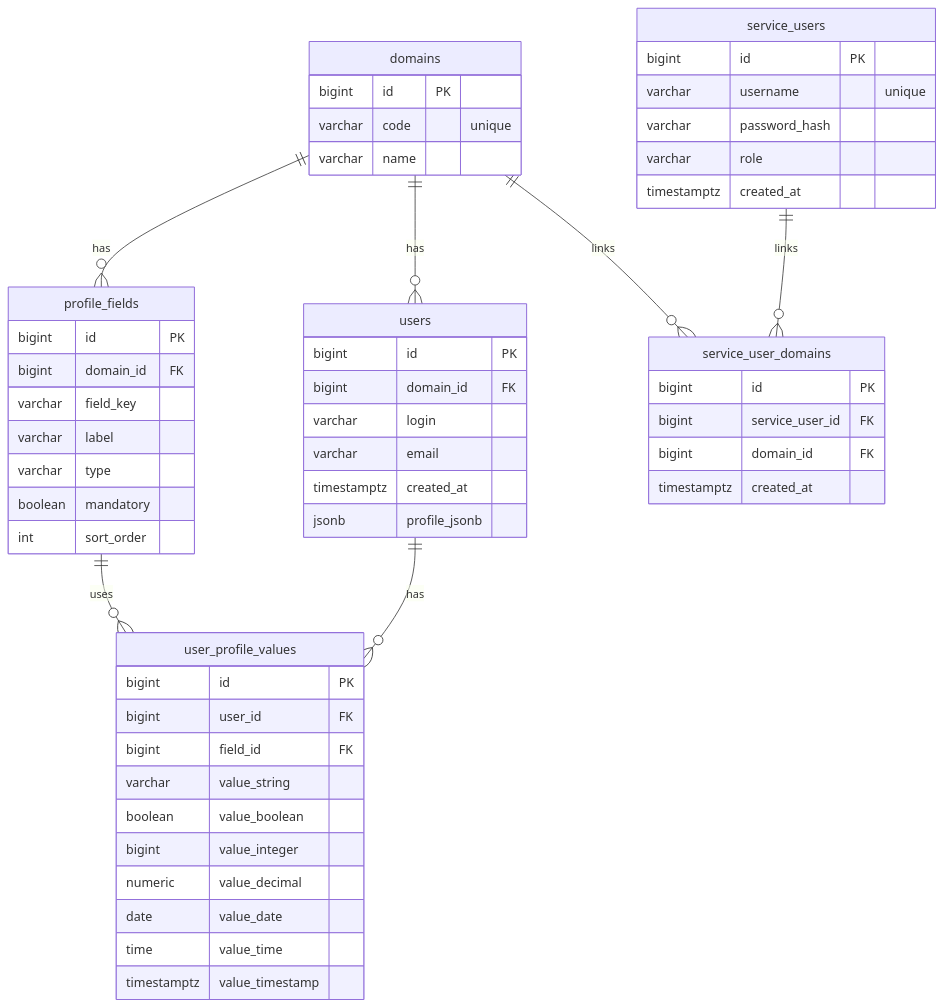
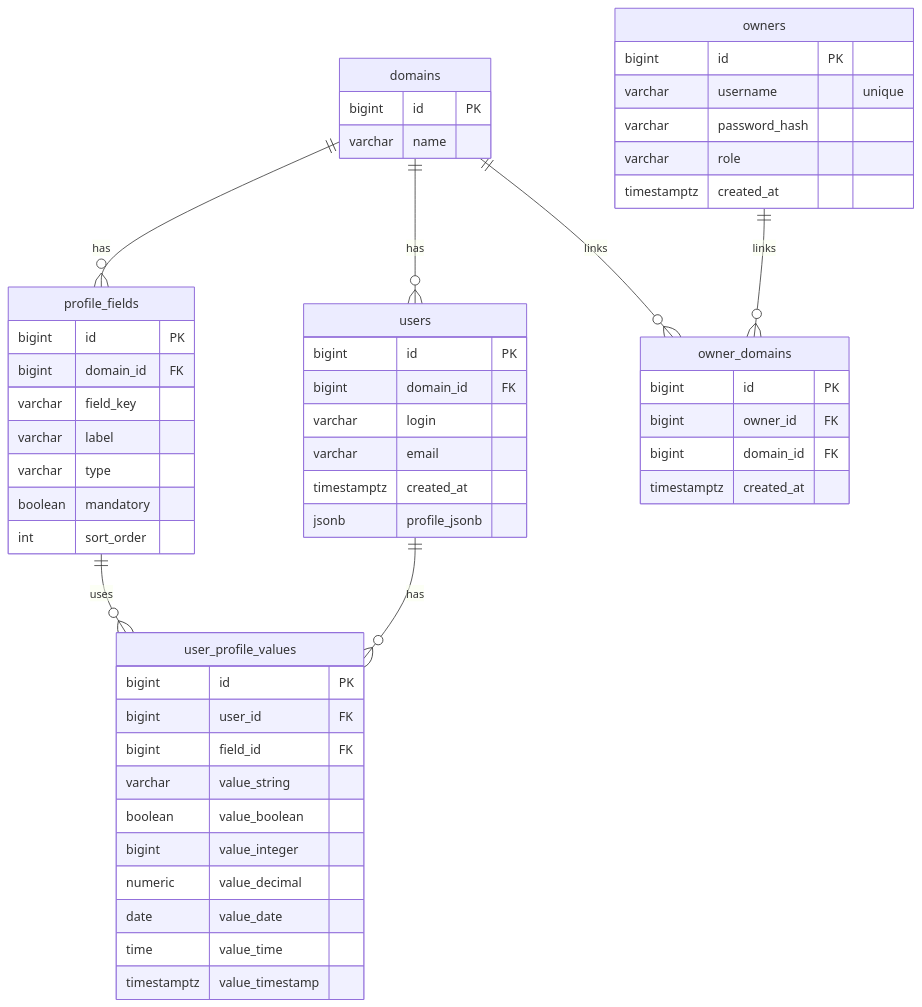
The diagram in README.md (b-keeping/userid-be), drawn with Mermaid before and after one commit. The commit also changed other lines of this file and 30 other files, not shown here.

````diff
--- a/README.md
+++ b/README.md
@@ -7,62 +7,61 @@
 ```mermaid
 erDiagram
   domains {
     bigint id PK
-    varchar code "unique"
     varchar name
   }
 
   profile_fields {
     bigint id PK
     bigint domain_id FK
     varchar field_key
     varchar label
     varchar type
     boolean mandatory
     int sort_order
   }
 
   users {
     bigint id PK
     bigint domain_id FK
     varchar login
     varchar email
     timestamptz created_at
     jsonb profile_jsonb
   }
 
-  service_users {
+  owners {
     bigint id PK
     varchar username "unique"
     varchar password_hash
     varchar role
     timestamptz created_at
   }
 
-  service_user_domains {
+  owner_domains {
     bigint id PK
-    bigint service_user_id FK
+    bigint owner_id FK
     bigint domain_id FK
     timestamptz created_at
   }
 
   user_profile_values {
     bigint id PK
     bigint user_id FK
     bigint field_id FK
     varchar value_string
     boolean value_boolean
     bigint value_integer
     numeric value_decimal
     date value_date
     time value_time
     timestamptz value_timestamp
   }
 
   domains ||--o{ profile_fields : has
   domains ||--o{ users : has
   users ||--o{ user_profile_values : has
   profile_fields ||--o{ user_profile_values : uses
-  service_users ||--o{ service_user_domains : links
-  domains ||--o{ service_user_domains : links
+  owners ||--o{ owner_domains : links
+  domains ||--o{ owner_domains : links
 ```
````
